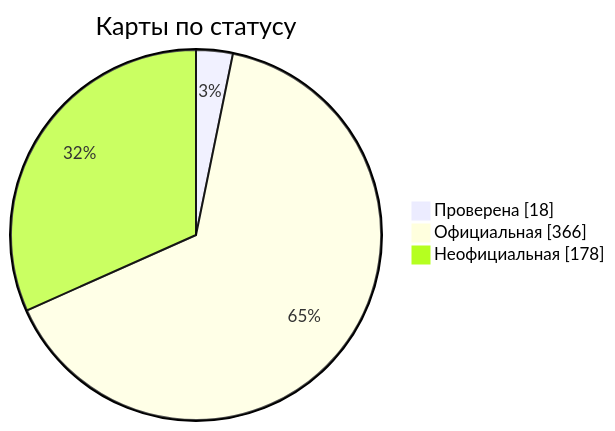
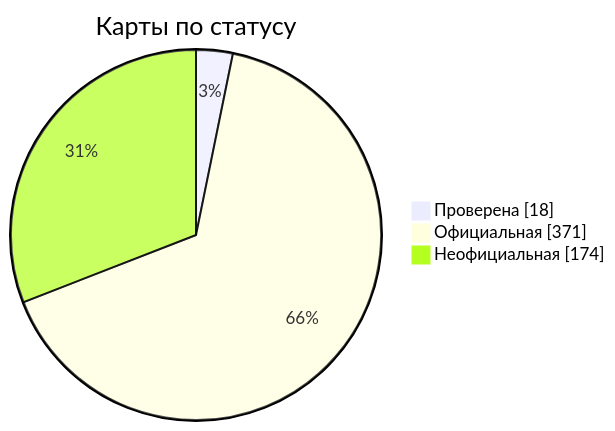
One commit to nobrega8/mbmap-library changed the diagram in docs/readme/README_RU.md. Above: the diagram before and after it, drawn with Mermaid. The commit also changed 10 other files, not shown here.

````diff
--- a/docs/readme/README_RU.md
+++ b/docs/readme/README_RU.md
@@ -54,7 +54,7 @@
 ```mermaid
 pie showData
     title Карты по статусу
     "Проверена" : 18
-    "Официальная" : 366
-    "Неофициальная" : 178
+    "Официальная" : 371
+    "Неофициальная" : 174
 ```
````
